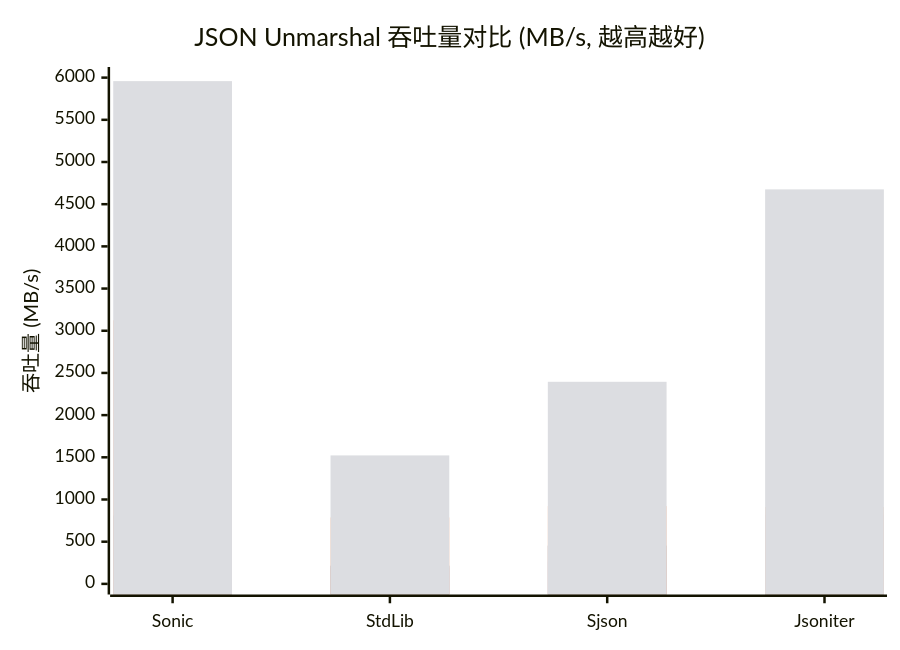
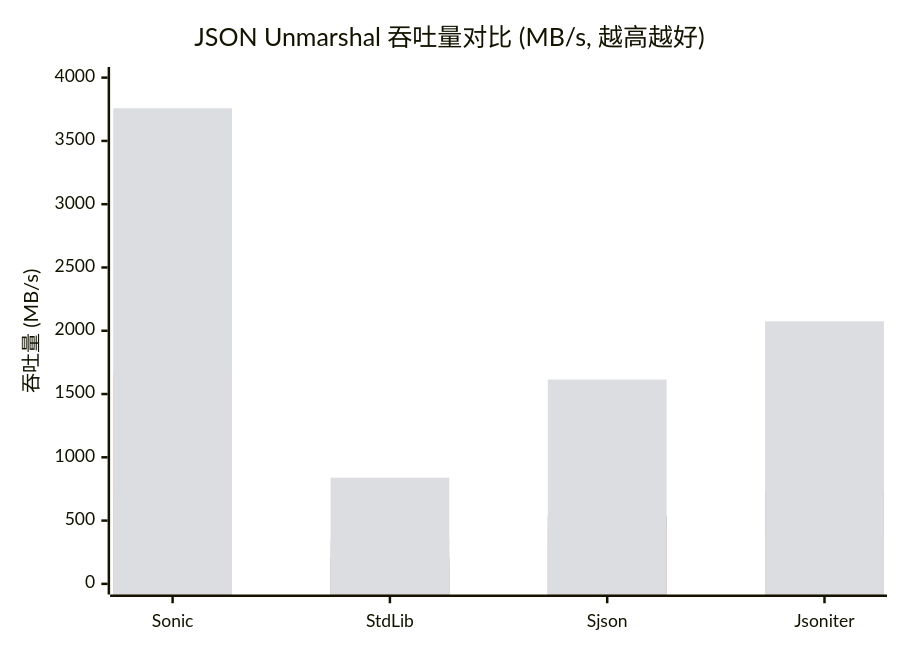
Before and after one commit to linkxzhou/sjson: the third of 6 diagrams in README.md, drawn with Mermaid. The commit also changed other lines of this file and 6 other files, not shown here.

````diff
--- a/README.md
+++ b/README.md
@@ -289,10 +297,10 @@
 ```mermaid
 xychart-beta
     title "JSON Unmarshal 吞吐量对比 (MB/s, 越高越好)"
     x-axis ["Sonic", "StdLib", "Sjson", "Jsoniter"]
-    y-axis "吞吐量 (MB/s)" 0 --> 6000
-    bar "Generic" [789.32, 191.44, 264.85, 305.30]
-    bar "Binding" [810.41, 215.82, 453.70, 821.00]
-    bar "Parallel Generic" [3124.43, 787.51, 922.13, 911.90]
-    bar "Parallel Binding" [5958.52, 1522.58, 2394.96, 4675.40]
+    y-axis "吞吐量 (MB/s)" 0 --> 4000
+    bar "Generic" [691.18, 179.22, 322.27, 275.38]
+    bar "Binding" [705.85, 203.88, 539.00, 732.34]
+    bar "Parallel Generic" [1671.67, 344.81, 446.31, 395.12]
+    bar "Parallel Binding" [3758.09, 839.20, 1614.56, 2074.33]
 ```
````
